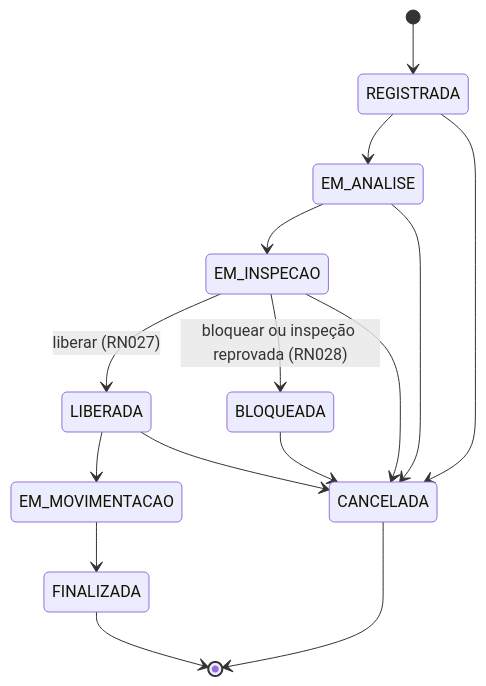
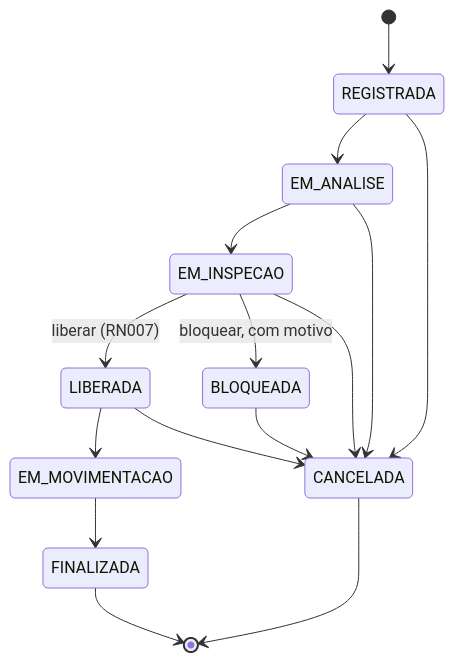
Before and after one commit to WenderSantosGuimaraes1/quimiport: the second of 2 diagrams in docs/09-modelagem-de-dados.md, drawn with Mermaid. The commit also changed other lines of this file and 1 other file, not shown here.

Commit message:
docs: atualizar modelagem de dados e readme com tabela de usuários e principais endpoints

````diff
--- a/docs/09-modelagem-de-dados.md
+++ b/docs/09-modelagem-de-dados.md
@@ -418,17 +484,17 @@
 ```mermaid
 stateDiagram-v2
     [*] --> REGISTRADA
     REGISTRADA --> EM_ANALISE
     REGISTRADA --> CANCELADA
     EM_ANALISE --> EM_INSPECAO
     EM_ANALISE --> CANCELADA
-    EM_INSPECAO --> LIBERADA : liberar (RN027)
-    EM_INSPECAO --> BLOQUEADA : bloquear ou inspeção reprovada (RN028)
+    EM_INSPECAO --> LIBERADA : liberar (RN007)
+    EM_INSPECAO --> BLOQUEADA : bloquear, com motivo
     EM_INSPECAO --> CANCELADA
     LIBERADA --> EM_MOVIMENTACAO
     LIBERADA --> CANCELADA
     BLOQUEADA --> CANCELADA
     EM_MOVIMENTACAO --> FINALIZADA
     FINALIZADA --> [*]
     CANCELADA --> [*]
 ```
````
